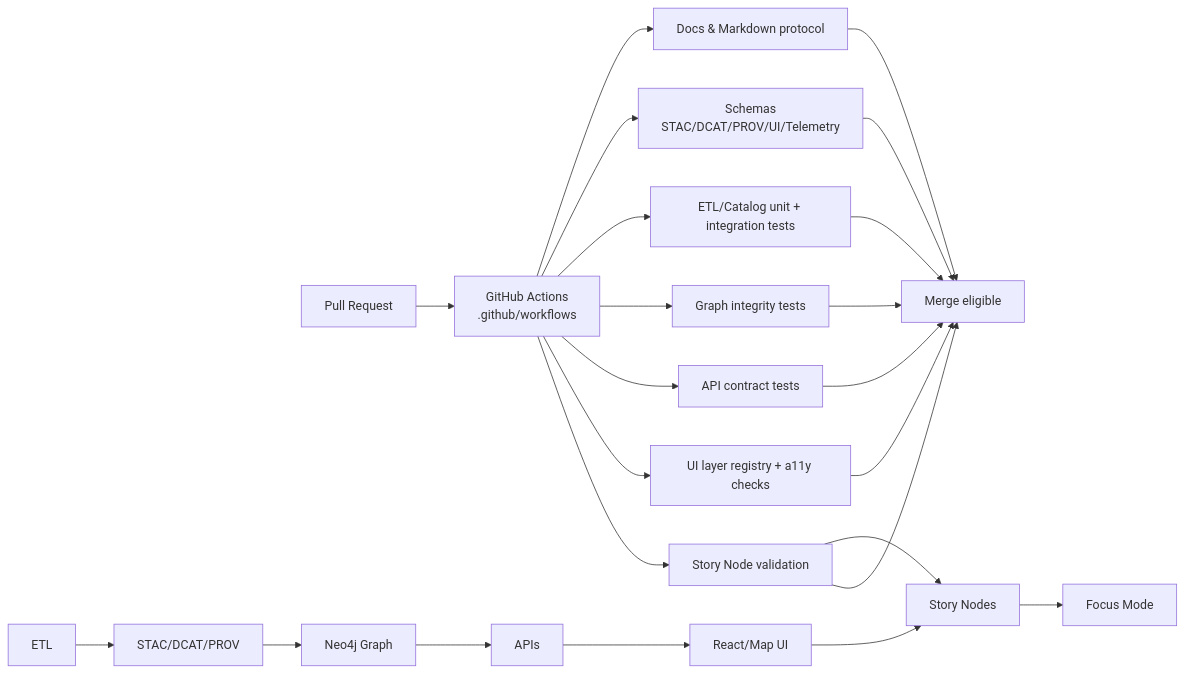
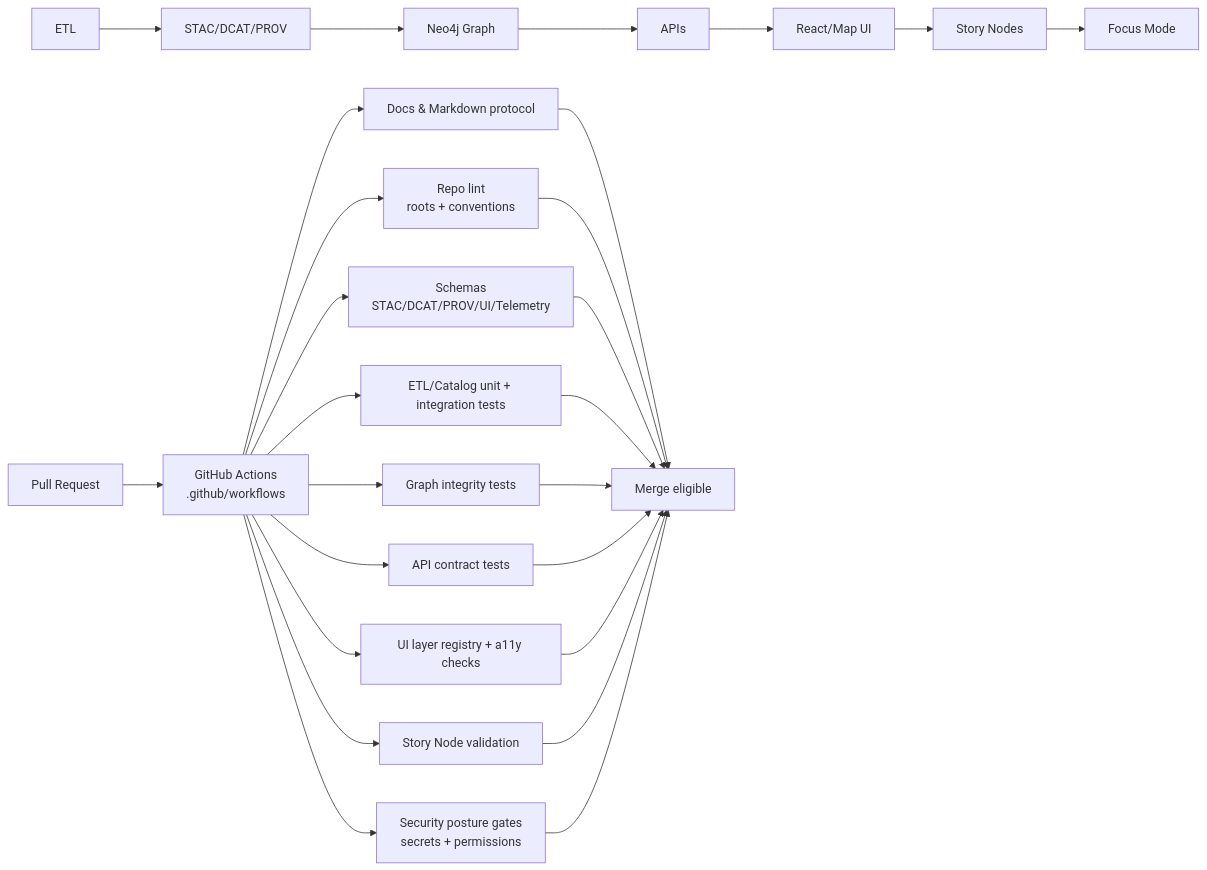
Before and after one commit to bartytime4life/Kansas-Frontier-Matrix: the first of 2 diagrams in .github/README.md, drawn with Mermaid. The commit also changed other lines of this file, not shown here.

```diff
--- a/.github/README.md
+++ b/.github/README.md
@@ -172,23 +230,26 @@
 ~~~mermaid
 flowchart LR
   PR[Pull Request] --> CI[GitHub Actions<br/>.github/workflows]
 
+  CI --> LINT[Repo lint<br/>roots + conventions]
   CI --> DOCS[Docs & Markdown protocol]
   CI --> SCHEMA[Schemas<br/>STAC/DCAT/PROV/UI/Telemetry]
   CI --> PIPE[ETL/Catalog unit + integration tests]
   CI --> GRAPH[Graph integrity tests]
   CI --> API[API contract tests]
   CI --> UI[UI layer registry + a11y checks]
   CI --> STORY[Story Node validation]
+  CI --> SEC[Security posture gates<br/>secrets + permissions]
 
   ETL[ETL] --> CATS[STAC/DCAT/PROV] --> N4J[Neo4j Graph] --> APIS[APIs] --> WEB[React/Map UI] --> SN[Story Nodes] --> FM[Focus Mode]
 
-  STORY --> SN
   DOCS --> OK[Merge eligible]
+  LINT --> OK
   SCHEMA --> OK
   PIPE --> OK
   GRAPH --> OK
   API --> OK
   UI --> OK
   STORY --> OK
+  SEC --> OK
 ~~~
```
